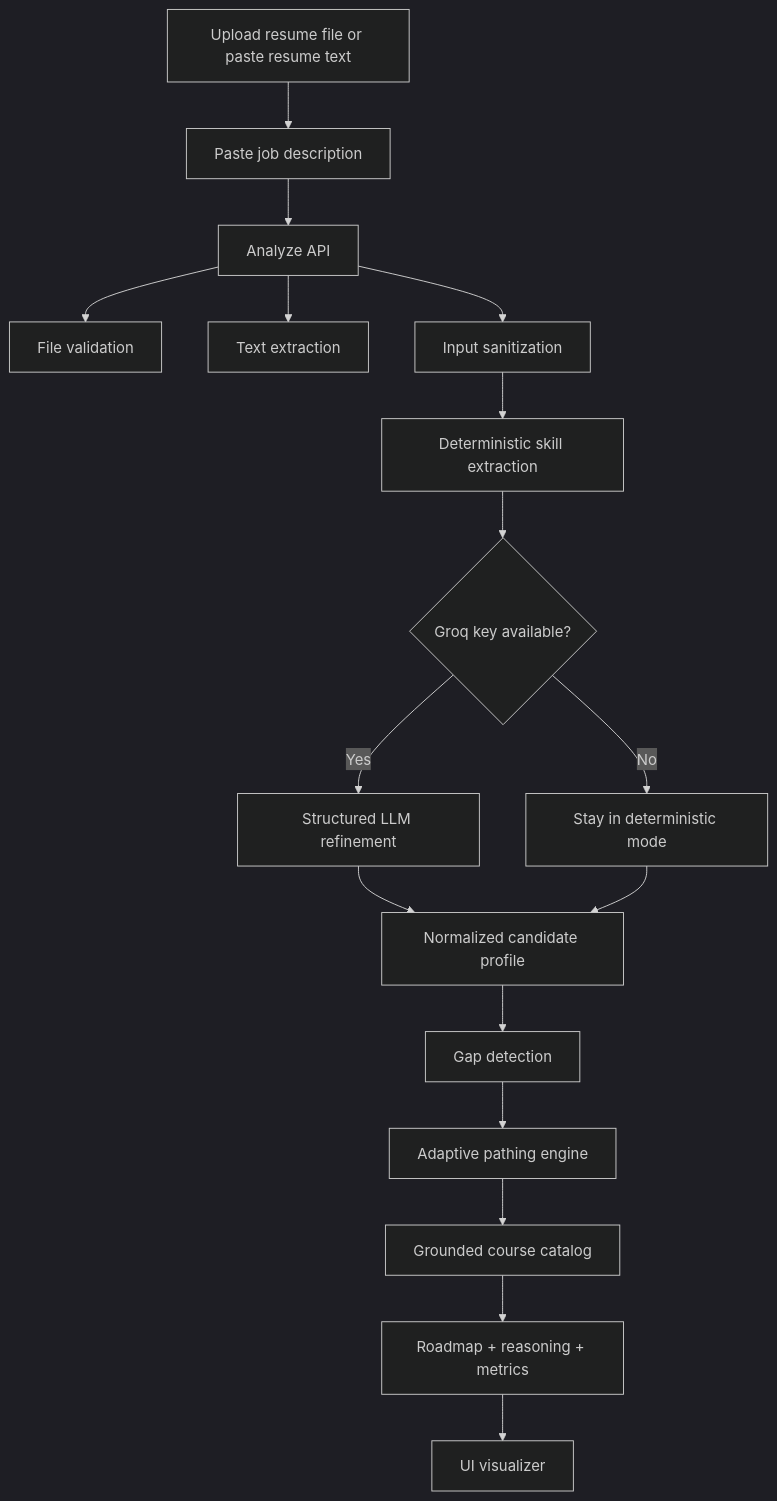
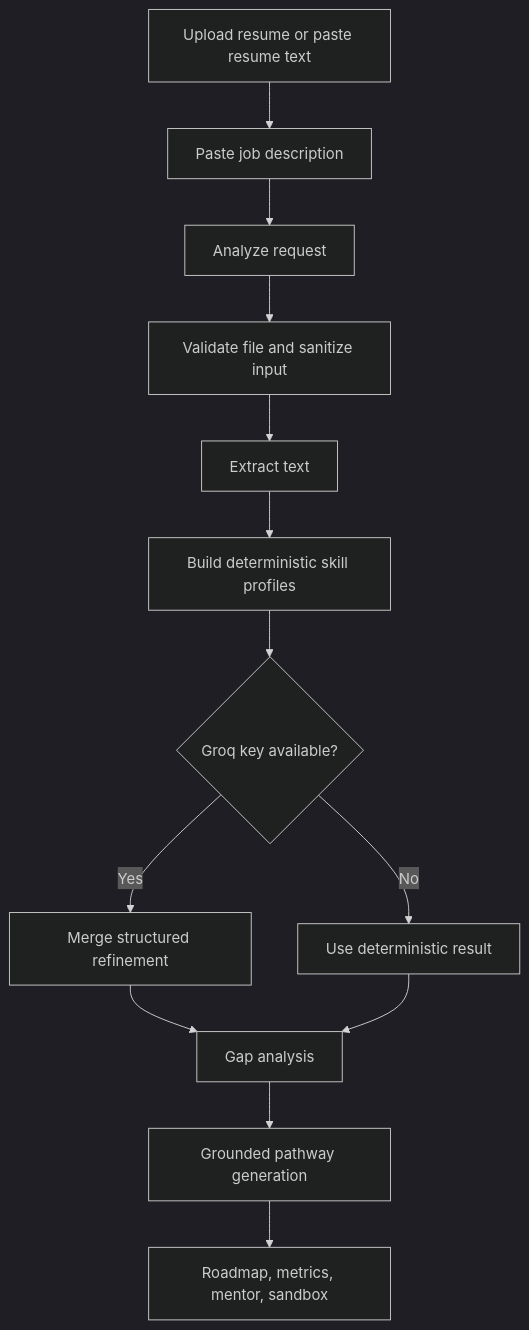
Before and after one commit to a-zax/ArtPark_team_monikabhati2005: the diagram in README.md, drawn with Mermaid (dark theme). The commit also changed other lines of this file and 10 other files, not shown here.

Commit message:
Refactor UI components for improved readability and performance; update styles and animations across AICrystal, DemoAnimation, KnowledgeQuizModal, Preloader, SkillRadar, and ICS generation logic.

````diff
--- a/README.md
+++ b/README.md
@@ -62,19 +40,15 @@
 ```mermaid
 flowchart TD
-    A[Upload resume file or paste resume text] --> B[Paste job description]
-    B --> C[Analyze API]
-    C --> D[File validation]
-    C --> E[Text extraction]
-    C --> F[Input sanitization]
-    F --> G[Deterministic skill extraction]
-    G --> H{Groq key available?}
-    H -->|Yes| I[Structured LLM refinement]
-    H -->|No| J[Stay in deterministic mode]
-    I --> K[Normalized candidate profile]
-    J --> K
-    K --> L[Gap detection]
-    L --> M[Adaptive pathing engine]
-    M --> N[Grounded course catalog]
-    N --> O[Roadmap + reasoning + metrics]
-    O --> P[UI visualizer]
+    A[Upload resume or paste resume text] --> B[Paste job description]
+    B --> C[Analyze request]
+    C --> D[Validate file and sanitize input]
+    D --> E[Extract text]
+    E --> F[Build deterministic skill profiles]
+    F --> G{Groq key available?}
+    G -->|Yes| H[Merge structured refinement]
+    G -->|No| I[Use deterministic result]
+    H --> J[Gap analysis]
+    I --> J
+    J --> K[Grounded pathway generation]
+    K --> L[Roadmap, metrics, mentor, sandbox]
 ```
````
